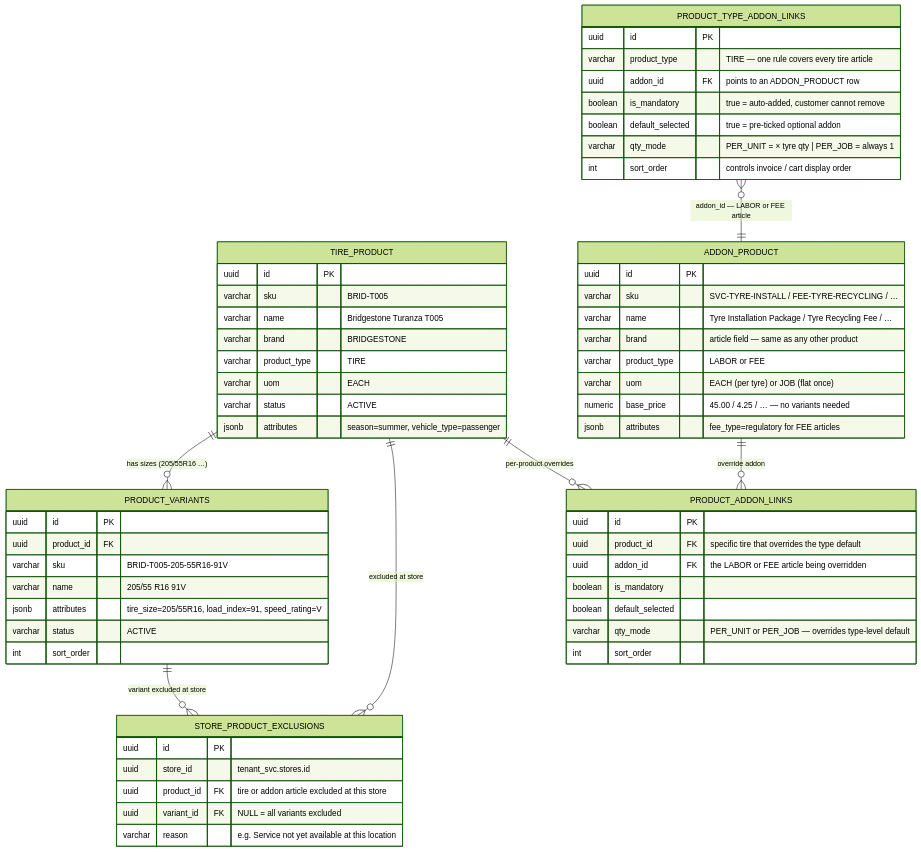
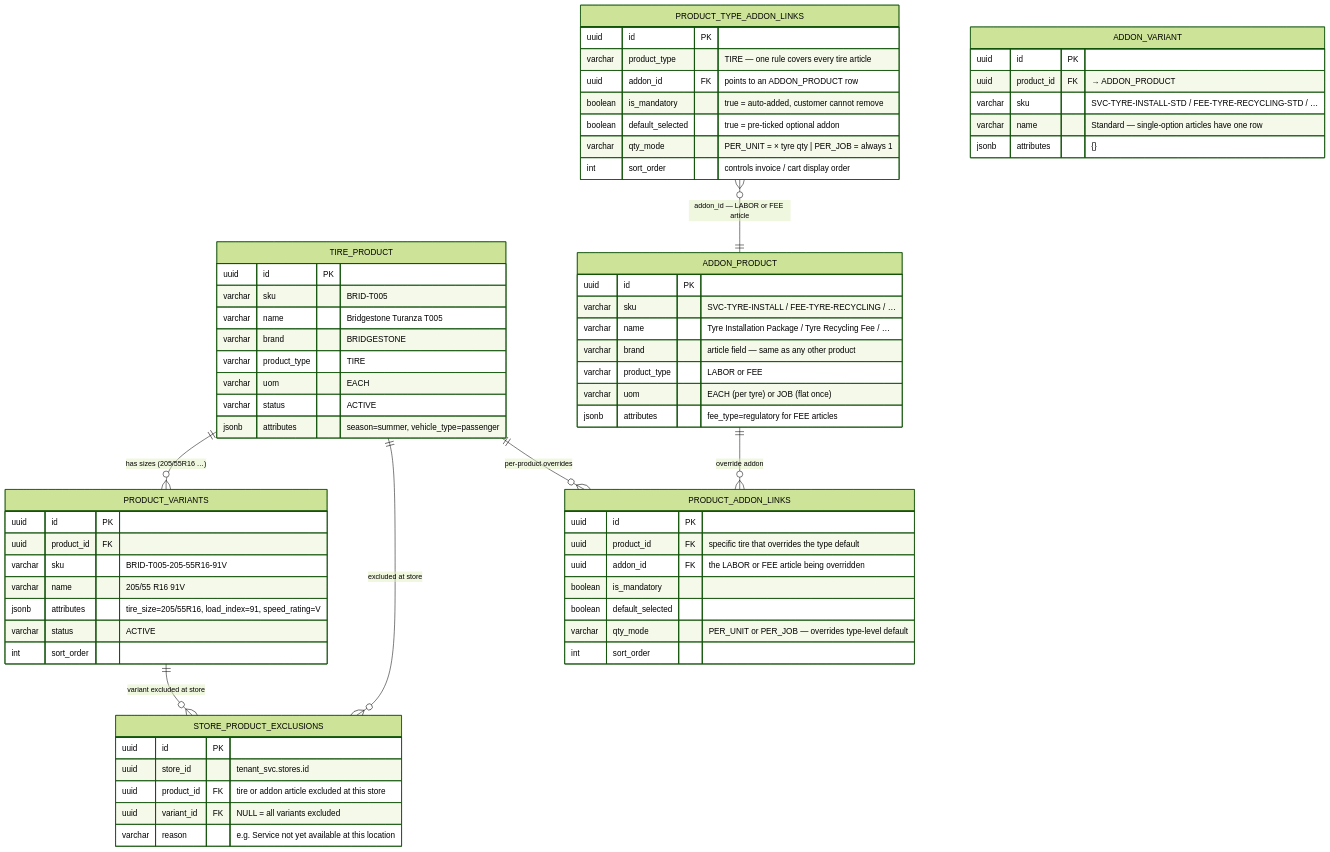
The first of 2 diagrams in eComm/eCommDataModel/catalog-domain.md (sumitjuyal/ecommerce-platform), drawn with Mermaid (forest theme) before and after one commit. The commit also changed other lines of this file and 2 other files, not shown here.

First line of the commit message:
Add pricing_svc schema and pricing-domain.md

````diff
--- a/eComm/eCommDataModel/catalog-domain.md
+++ b/eComm/eCommDataModel/catalog-domain.md
@@ -109,70 +111,77 @@
 ```mermaid
 erDiagram
 
   TIRE_PRODUCT ||--o{ PRODUCT_VARIANTS             : "has sizes (205/55R16 …)"
   TIRE_PRODUCT ||--o{ STORE_PRODUCT_EXCLUSIONS     : "excluded at store"
   PRODUCT_VARIANTS ||--o{ STORE_PRODUCT_EXCLUSIONS : "variant excluded at store"
   PRODUCT_TYPE_ADDON_LINKS }o--|| ADDON_PRODUCT    : "addon_id — LABOR or FEE article"
   TIRE_PRODUCT ||--o{ PRODUCT_ADDON_LINKS          : "per-product overrides"
   ADDON_PRODUCT ||--o{ PRODUCT_ADDON_LINKS         : "override addon"
 
   TIRE_PRODUCT {
     uuid    id PK
     varchar sku           "BRID-T005"
     varchar name          "Bridgestone Turanza T005"
     varchar brand         "BRIDGESTONE"
     varchar product_type  "TIRE"
     varchar uom           "EACH"
     varchar status        "ACTIVE"
     jsonb   attributes    "season=summer, vehicle_type=passenger"
   }
 
   PRODUCT_VARIANTS {
     uuid    id PK
     uuid    product_id FK
     varchar sku           "BRID-T005-205-55R16-91V"
     varchar name          "205/55 R16 91V"
     jsonb   attributes    "tire_size=205/55R16, load_index=91, speed_rating=V"
     varchar status        "ACTIVE"
     int     sort_order
   }
 
   PRODUCT_TYPE_ADDON_LINKS {
     uuid    id PK
     varchar product_type     "TIRE — one rule covers every tire article"
     uuid    addon_id FK      "points to an ADDON_PRODUCT row"
     boolean is_mandatory     "true = auto-added, customer cannot remove"
     boolean default_selected "true = pre-ticked optional addon"
     varchar qty_mode         "PER_UNIT = × tyre qty | PER_JOB = always 1"
     int     sort_order       "controls invoice / cart display order"
   }
 
   ADDON_PRODUCT {
     uuid    id PK
     varchar sku           "SVC-TYRE-INSTALL / FEE-TYRE-RECYCLING / …"
     varchar name          "Tyre Installation Package / Tyre Recycling Fee / …"
     varchar brand         "article field — same as any other product"
     varchar product_type  "LABOR or FEE"
     varchar uom           "EACH (per tyre) or JOB (flat once)"
-    numeric base_price    "45.00 / 4.25 / … — no variants needed"
     jsonb   attributes    "fee_type=regulatory for FEE articles"
+  }
+
+  ADDON_VARIANT {
+    uuid    id PK
+    uuid    product_id FK "→ ADDON_PRODUCT"
+    varchar sku           "SVC-TYRE-INSTALL-STD / FEE-TYRE-RECYCLING-STD / …"
+    varchar name          "Standard — single-option articles have one row"
+    jsonb   attributes    "{}"
   }
 
   PRODUCT_ADDON_LINKS {
     uuid    id PK
     uuid    product_id FK    "specific tire that overrides the type default"
     uuid    addon_id FK      "the LABOR or FEE article being overridden"
     boolean is_mandatory
     boolean default_selected
     varchar qty_mode         "PER_UNIT or PER_JOB — overrides type-level default"
     int     sort_order
   }
 
   STORE_PRODUCT_EXCLUSIONS {
     uuid    id PK
     uuid    store_id      "tenant_svc.stores.id"
     uuid    product_id FK "tire or addon article excluded at this store"
     uuid    variant_id FK "NULL = all variants excluded"
     varchar reason        "e.g. Service not yet available at this location"
   }
 ```
````
